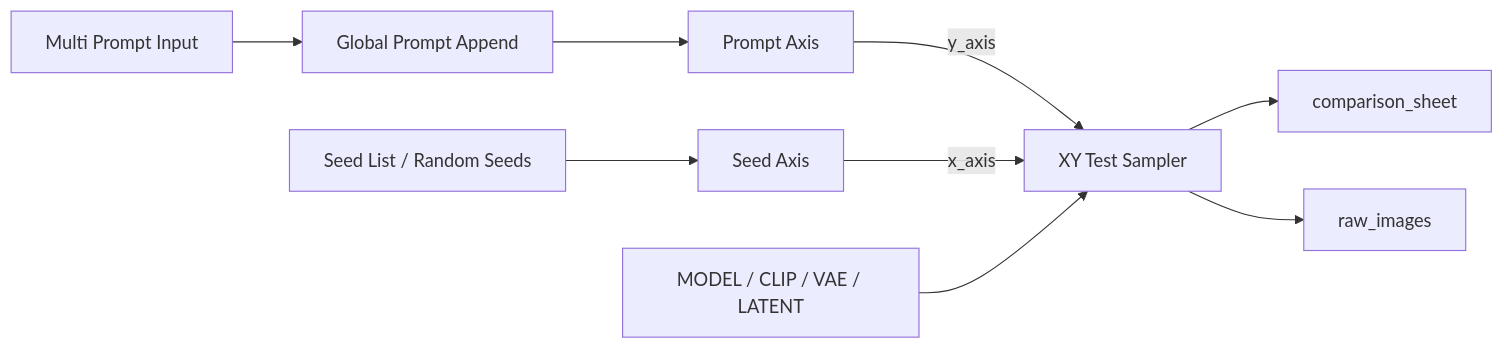
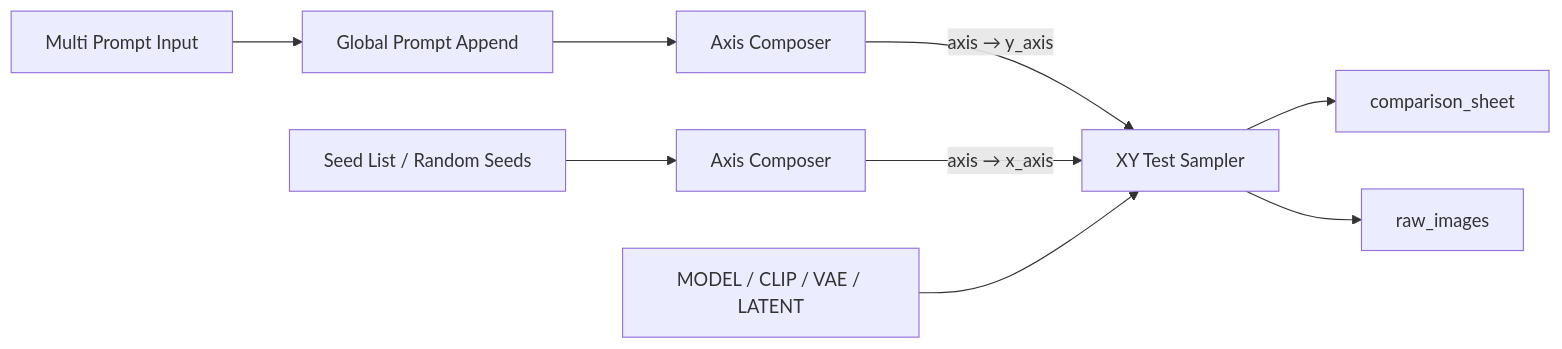
Before and after one commit to Mon-Landis/LoraTester: the diagram in README.md, drawn with Mermaid. The commit also changed other lines of this file and 13 other files, not shown here.

````diff
--- a/README.md
+++ b/README.md
@@ -24,11 +25,11 @@
 ```mermaid
 flowchart LR
   P1["Multi Prompt Input"] --> P2["Global Prompt Append"]
-  P2 --> P3["Prompt Axis"]
-  S1["Seed List / Random Seeds"] --> S2["Seed Axis"]
-  P3 -->|y_axis| XY["XY Test Sampler"]
-  S2 -->|x_axis| XY
+  P2 --> P3["Axis Composer"]
+  S1["Seed List / Random Seeds"] --> S2["Axis Composer"]
+  P3 -->|axis → y_axis| XY["XY Test Sampler"]
+  S2 -->|axis → x_axis| XY
   M["MODEL / CLIP / VAE / LATENT"] --> XY
   XY --> O1["comparison_sheet"]
   XY --> O2["raw_images"]
 ```
````
